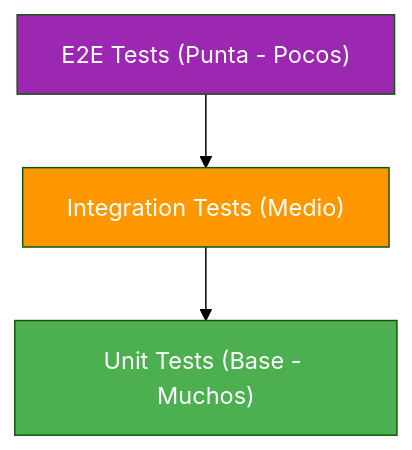
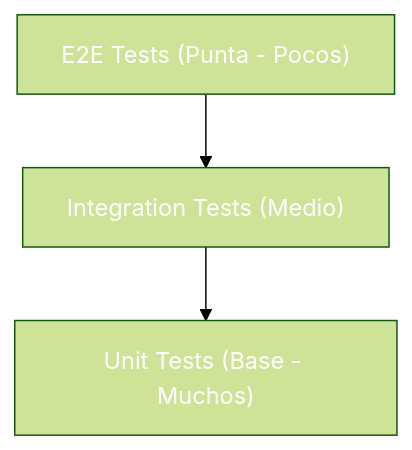
The diagram in 28-testing.md (joseluisgs/DesarrolloWebEntornosServidor-02-2026-2027), drawn with Mermaid (forest theme) before and after one commit. The commit also changed other lines of this file and 41 other files, not shown here.

````diff
--- a/28-testing.md
+++ b/28-testing.md
@@ -64,9 +64,9 @@
 ```mermaid
 flowchart TD
     A["E2E Tests (Punta - Pocos)"] --> B["Integration Tests (Medio)"]
     B --> C["Unit Tests (Base - Muchos)"]
 
-    style A fill:#9C27B0,color:#fff
-    style B fill:#FF9800,color:#fff
-    style C fill:#4CAF50,color:#fff
+    style A fill:#9C27B,color:#fff0,color:#fff
+    style B fill:#FF980,color:#fff0,color:#fff
+    style C fill:#4CAF5,color:#fff0,color:#fff
 ```
````
